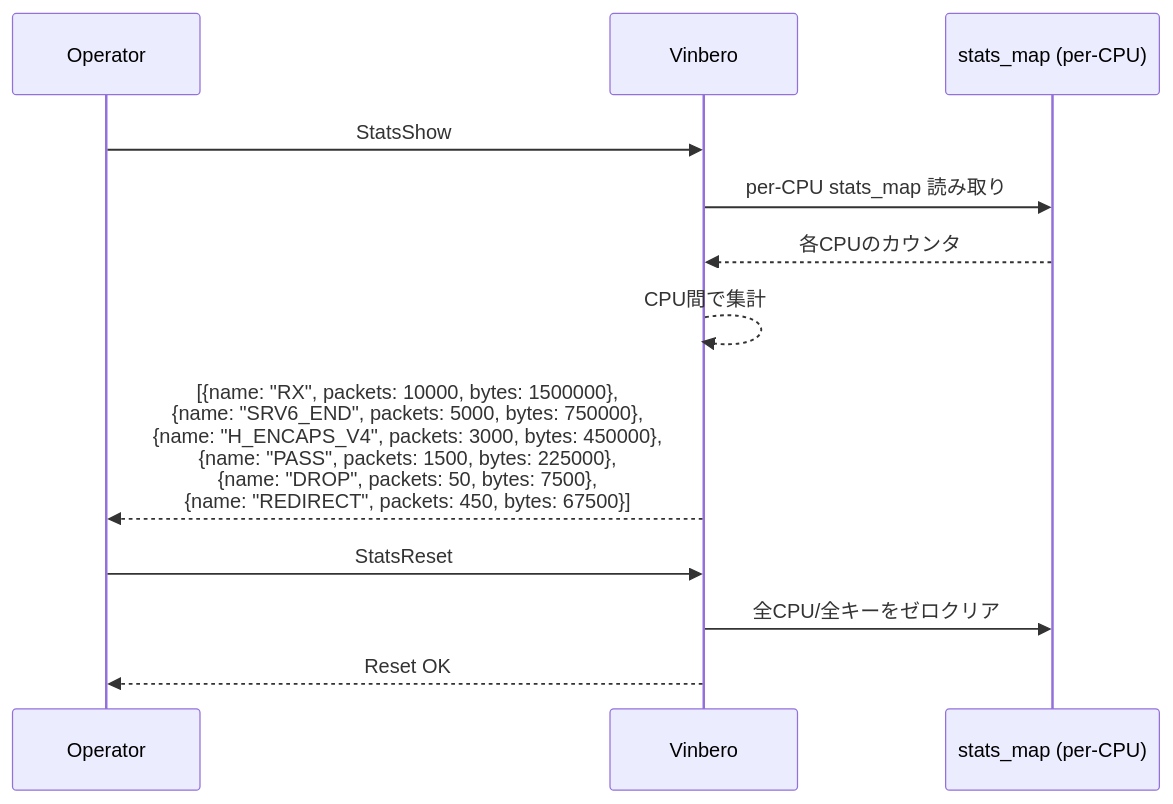
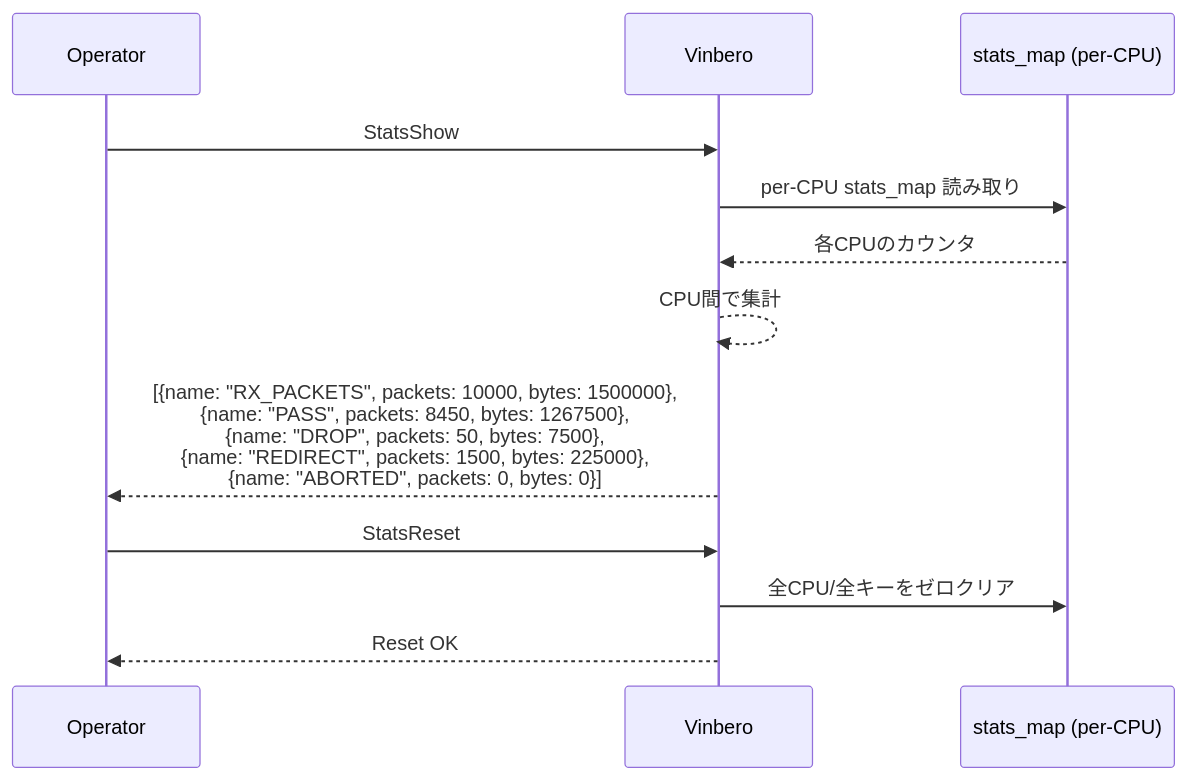
Diagram 14 of 19 in docs/design/ja/api_sequence.md (takehaya/Vinbero), drawn with Mermaid before and after one commit. The commit also changed other lines of this file and 73 other files, not shown here.

````diff
--- a/docs/design/ja/api_sequence.md
+++ b/docs/design/ja/api_sequence.md
@@ -443,16 +467,16 @@
 ```mermaid
 sequenceDiagram
     participant Op as Operator
     participant V as Vinbero
     participant BPF as stats_map (per-CPU)
 
     Op->>V: StatsShow
     V->>BPF: per-CPU stats_map 読み取り
     BPF-->>V: 各CPUのカウンタ
     V-->>V: CPU間で集計
-    V-->>Op: [{name: "RX", packets: 10000, bytes: 1500000},<br/>{name: "SRV6_END", packets: 5000, bytes: 750000},<br/>{name: "H_ENCAPS_V4", packets: 3000, bytes: 450000},<br/>{name: "PASS", packets: 1500, bytes: 225000},<br/>{name: "DROP", packets: 50, bytes: 7500},<br/>{name: "REDIRECT", packets: 450, bytes: 67500}]
+    V-->>Op: [{name: "RX_PACKETS", packets: 10000, bytes: 1500000},<br/>{name: "PASS", packets: 8450, bytes: 1267500},<br/>{name: "DROP", packets: 50, bytes: 7500},<br/>{name: "REDIRECT", packets: 1500, bytes: 225000},<br/>{name: "ABORTED", packets: 0, bytes: 0}]
 
     Op->>V: StatsReset
     V->>BPF: 全CPU/全キーをゼロクリア
     V-->>Op: Reset OK
 ```
````
